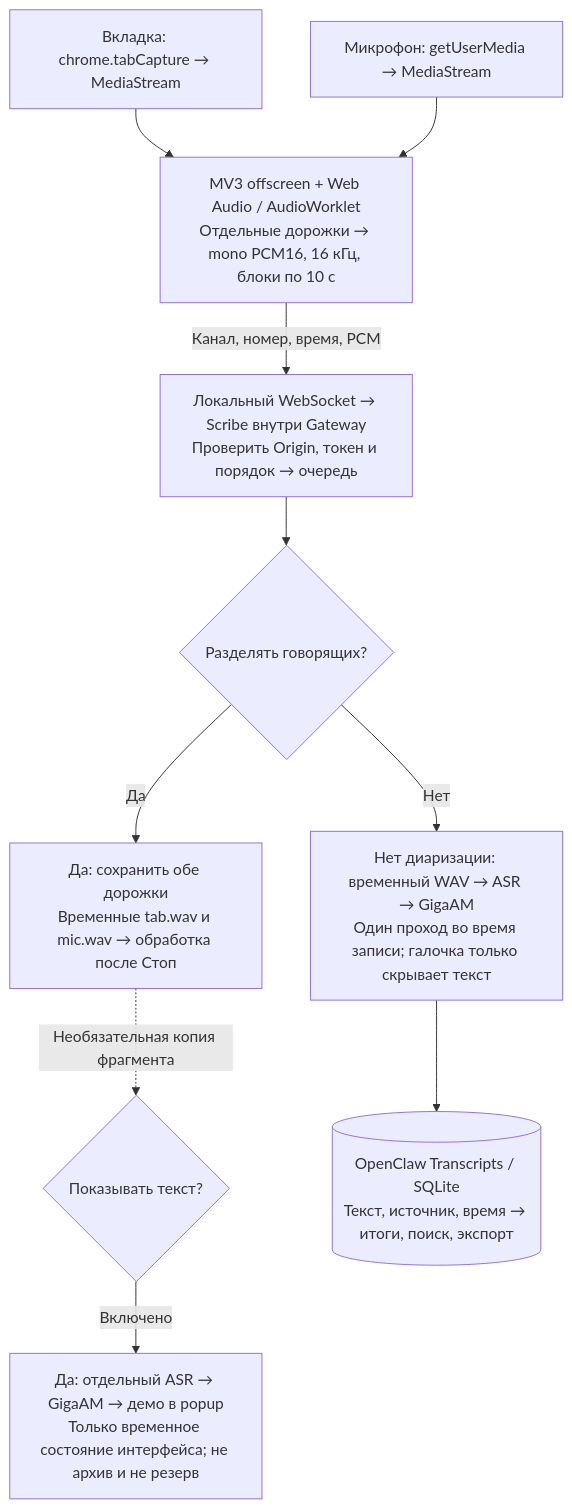
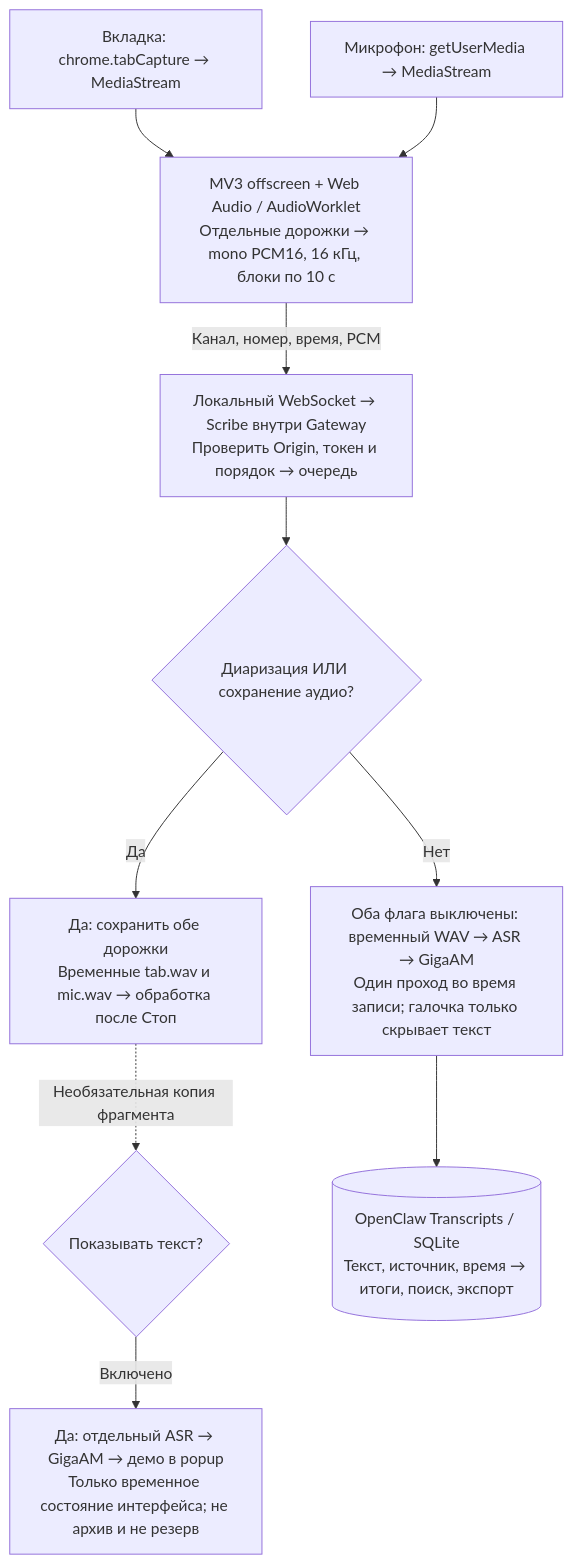
Before and after one commit to Efreh/openclaw-scribe: the first of 2 diagrams in docs/audio-flow.md, drawn with Mermaid. The commit also changed other lines of this file and 24 other files, not shown here.

````diff
--- a/docs/audio-flow.md
+++ b/docs/audio-flow.md
@@ -9,22 +9,22 @@
 ```mermaid
 flowchart TD
     tab["Вкладка: chrome.tabCapture → MediaStream"]
     mic["Микрофон: getUserMedia → MediaStream"]
     browser["MV3 offscreen + Web Audio / AudioWorklet<br/>Отдельные дорожки → mono PCM16, 16 кГц, блоки по 10 с"]
     gateway["Локальный WebSocket → Scribe внутри Gateway<br/>Проверить Origin, токен и порядок → очередь"]
-    mode{"Разделять говорящих?"}
+    mode{"Диаризация ИЛИ сохранение аудио?"}
     archiveAudio["Да: сохранить обе дорожки<br/>Временные tab.wav и mic.wav → обработка после Стоп"]
     preview{"Показывать текст?"}
     demo["Да: отдельный ASR → GigaAM → демо в popup<br/>Только временное состояние интерфейса; не архив и не резерв"]
-    asr["Нет диаризации: временный WAV → ASR → GigaAM<br/>Один проход во время записи; галочка только скрывает текст"]
+    asr["Оба флага выключены: временный WAV → ASR → GigaAM<br/>Один проход во время записи; галочка только скрывает текст"]
     archive[("OpenClaw Transcripts / SQLite<br/>Текст, источник, время → итоги, поиск, экспорт")]
 
     tab --> browser
     mic --> browser
     browser -->|"Канал, номер, время, PCM"| gateway
     gateway --> mode
     mode -->|"Нет"| asr --> archive
     mode -->|"Да"| archiveAudio
     archiveAudio -.->|"Необязательная копия фрагмента"| preview
     preview -->|"Включено"| demo
 ```
````
